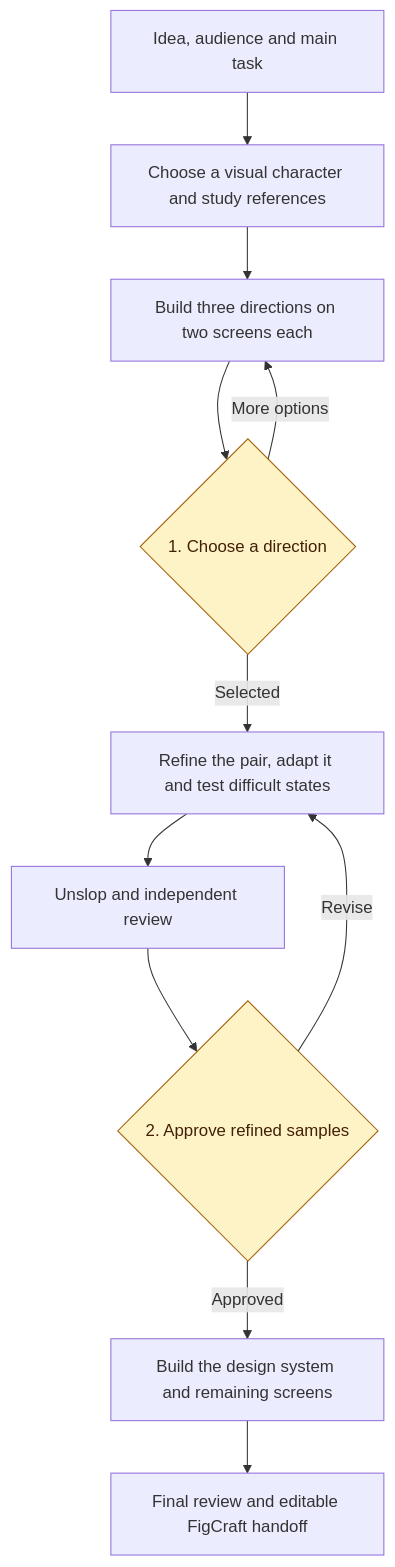
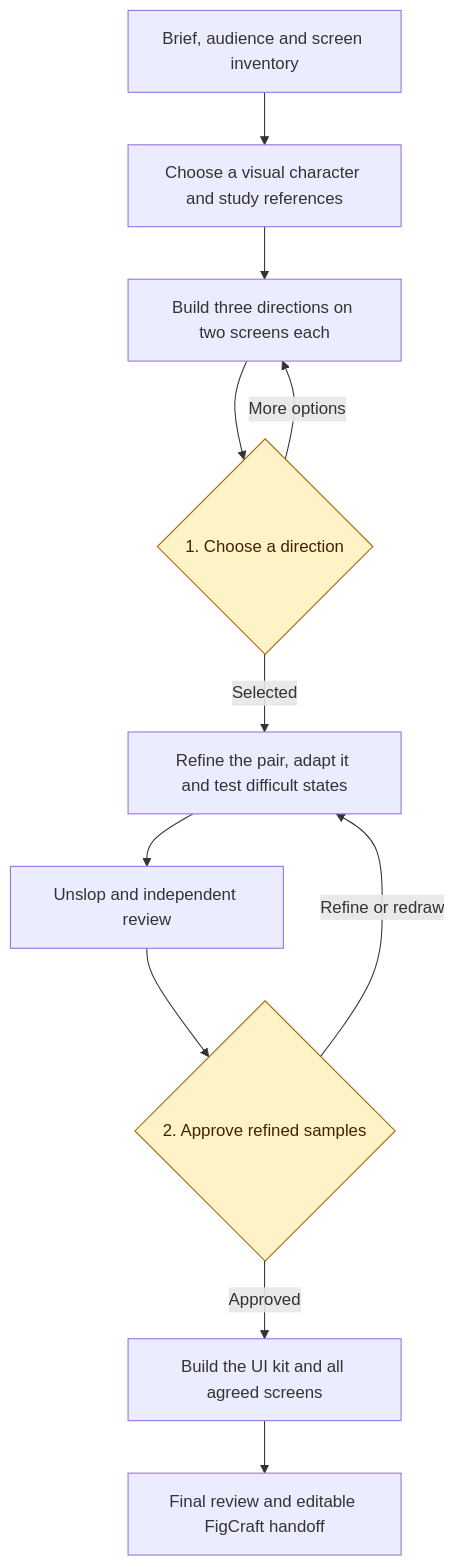
Before and after one commit to ViktorovYaroslav/design-loop: the diagram in README.md, drawn with Mermaid. The commit also changed other lines of this file and 6 other files, not shown here.

````diff
--- a/README.md
+++ b/README.md
@@ -50,15 +50,15 @@
 ```mermaid
 flowchart TD
-    A["Idea, audience and main task"] --> B["Choose a visual character and study references"]
+    A["Brief, audience and screen inventory"] --> B["Choose a visual character and study references"]
     B --> C["Build three directions on two screens each"]
     C --> D{"1. Choose a direction"}
     D -->|More options| C
     D -->|Selected| E["Refine the pair, adapt it and test difficult states"]
     E --> F["Unslop and independent review"]
     F --> G{"2. Approve refined samples"}
-    G -->|Revise| E
-    G -->|Approved| H["Build the design system and remaining screens"]
+    G -->|Refine or redraw| E
+    G -->|Approved| H["Build the UI kit and all agreed screens"]
     H --> I["Final review and editable FigCraft handoff"]
     classDef checkpoint fill:#fef3c7,stroke:#a16207,color:#422006;
     class D,G checkpoint;
 ```
````
